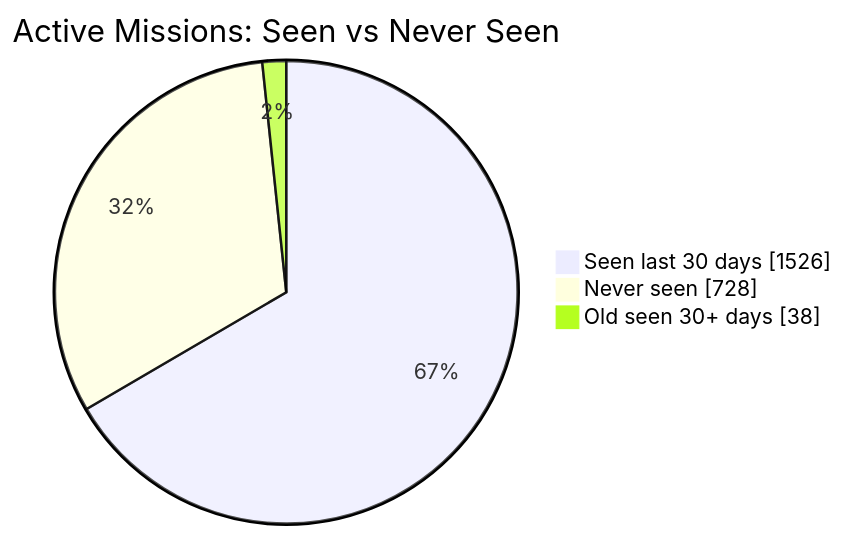
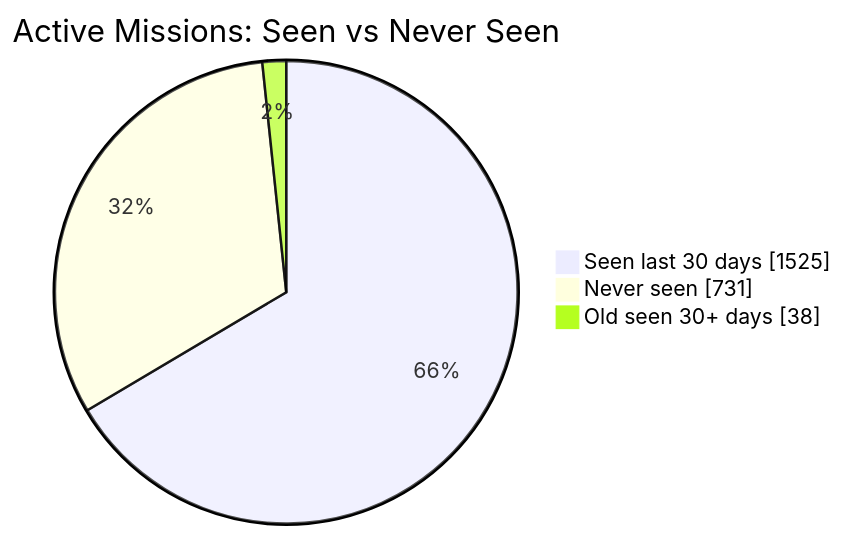
Before and after one commit to MeldkamerspelGameTeam/active-missions: the first of 2 diagrams in README.md, drawn with Mermaid. The commit also changed other lines of this file and 4 other files, not shown here.

````diff
--- a/README.md
+++ b/README.md
@@ -34,7 +34,7 @@
 ```mermaid
 pie showData
     title Active Missions: Seen vs Never Seen
-    "Seen last 30 days" : 1526
-    "Never seen" : 728
+    "Seen last 30 days" : 1525
+    "Never seen" : 731
     "Old seen 30+ days" : 38
 ```
````
